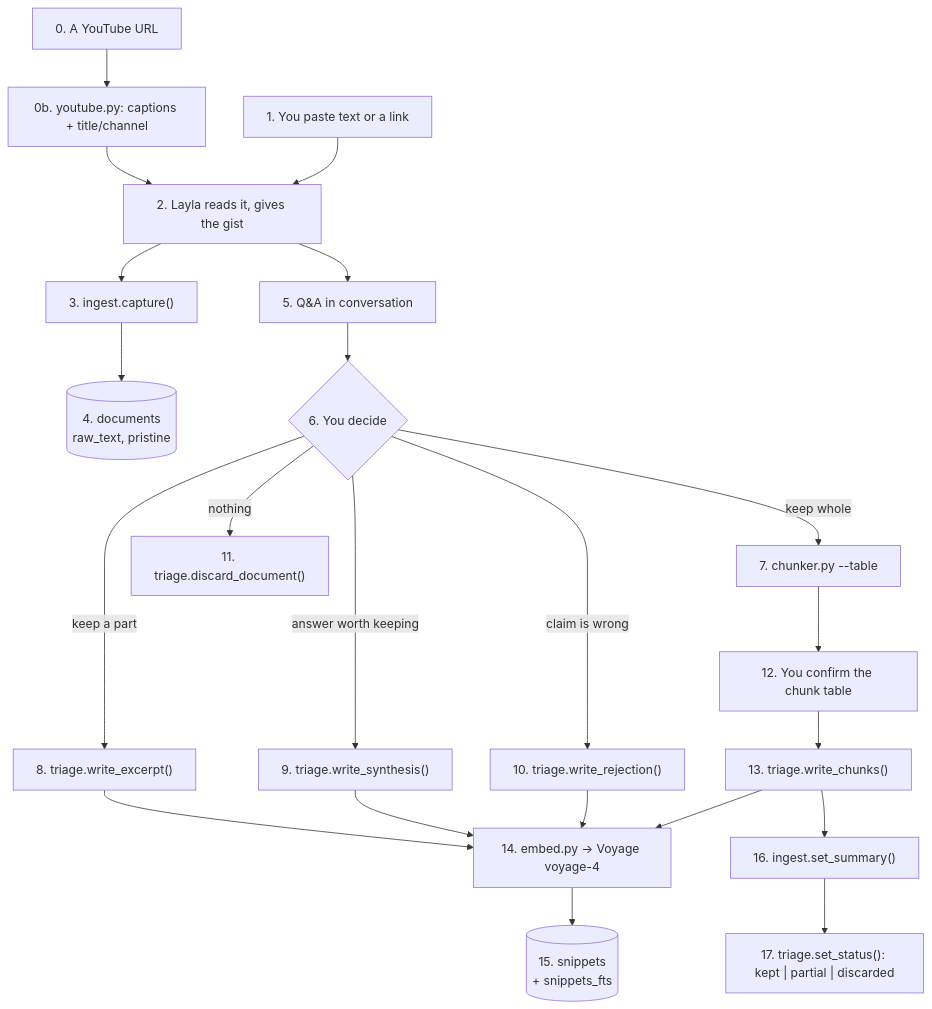
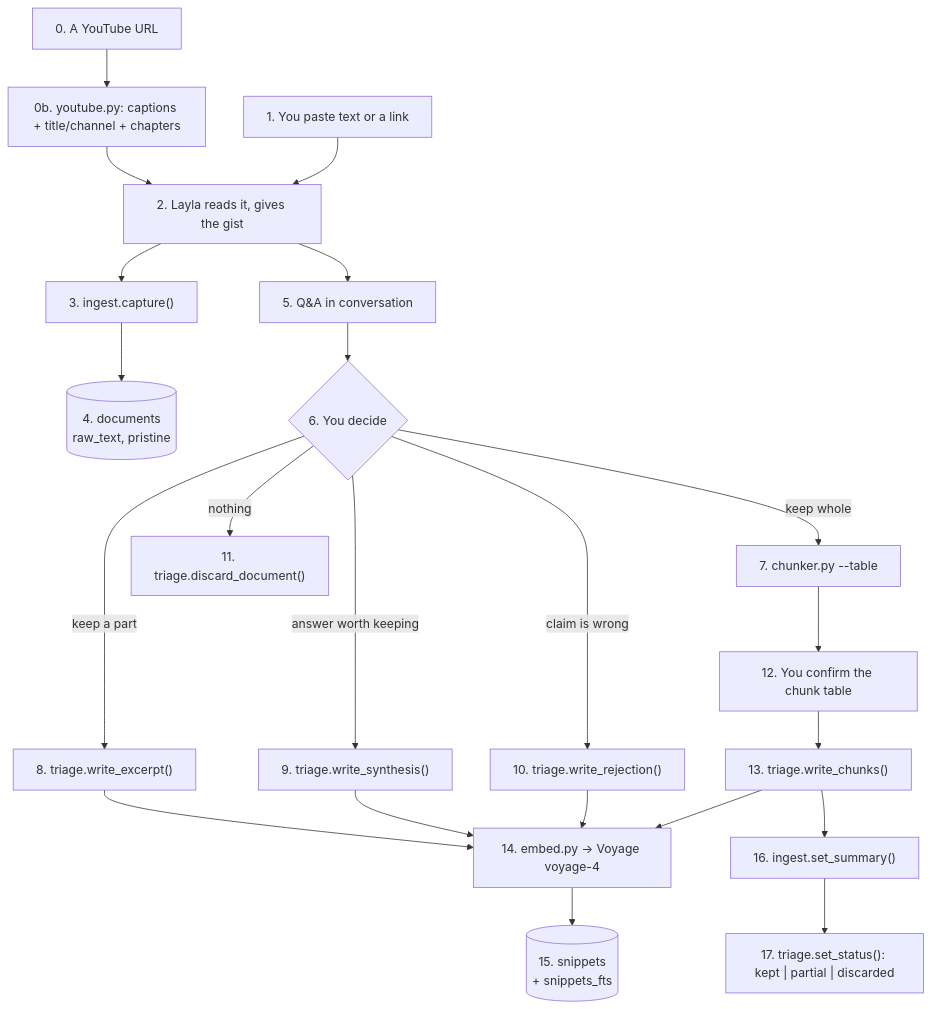
One commit to QuanDev2/layla changed the first of 4 diagrams in docs/system-overview.md. Above: the diagram before and after it, drawn with Mermaid. The commit also changed other lines of this file and 4 other files, not shown here.

First line of the commit message:
youtube: chunk at the creator's chapters, model names and splits

````diff
--- a/docs/system-overview.md
+++ b/docs/system-overview.md
@@ -35,24 +35,24 @@
 ```mermaid
 flowchart TD
-    A0["0. A YouTube URL"] --> A0b["0b. youtube.py: captions + title/channel"]
+    A0["0. A YouTube URL"] --> A0b["0b. youtube.py: captions + title/channel + chapters"]
     A0b --> A2
     A1["1. You paste text or a link"] --> A2["2. Layla reads it, gives the gist"]
     A2 --> A3["3. ingest.capture()"]
     A3 --> A4[("4. documents<br/>raw_text, pristine")]
     A2 --> A5["5. Q&A in conversation"]
     A5 --> A6{"6. You decide"}
     A6 -->|keep whole| A7["7. chunker.py --table"]
     A6 -->|keep a part| A8["8. triage.write_excerpt()"]
     A6 -->|answer worth keeping| A9["9. triage.write_synthesis()"]
     A6 -->|claim is wrong| A10["10. triage.write_rejection()"]
     A6 -->|nothing| A11["11. triage.discard_document()"]
     A7 --> A12["12. You confirm the chunk table"]
     A12 --> A13["13. triage.write_chunks()"]
     A8 --> A14["14. embed.py → Voyage voyage-4"]
     A9 --> A14
     A10 --> A14
     A13 --> A14
     A14 --> A15[("15. snippets<br/>+ snippets_fts")]
     A13 --> A16["16. ingest.set_summary()"]
     A16 --> A17["17. triage.set_status(): kept | partial | discarded"]
 ```
````
